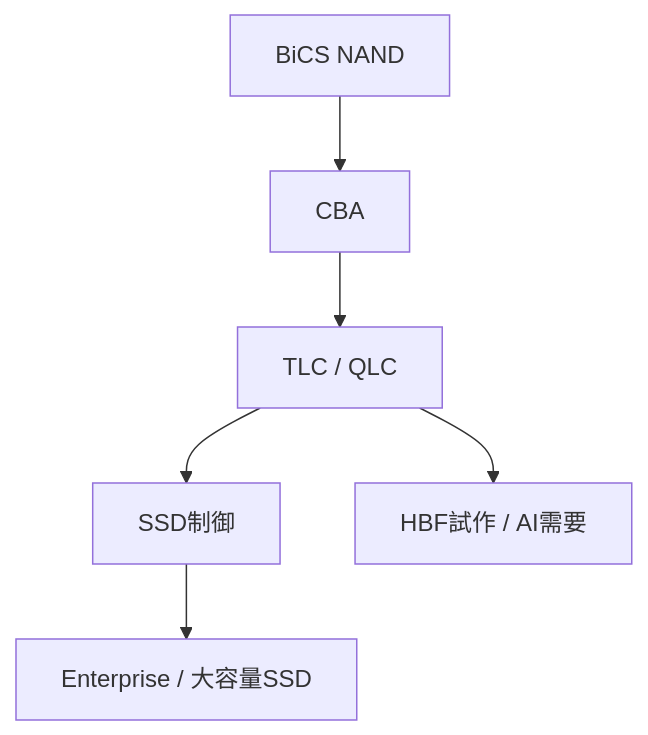
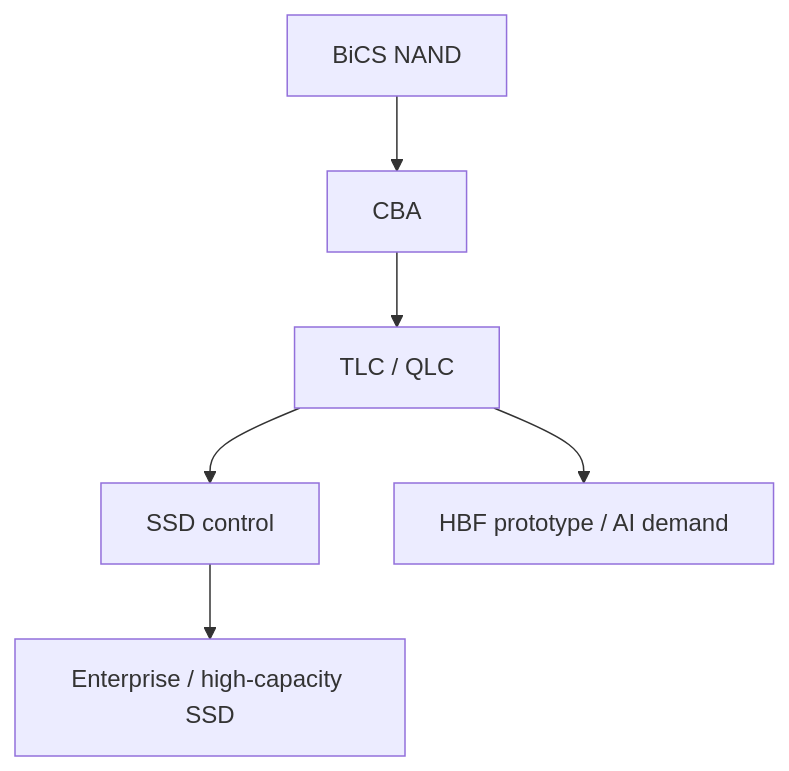
Before and after one commit to daylight55/research: the second of 2 diagrams in content/blog/en/kioxia.mdx, drawn with Mermaid. The commit also changed other lines of this file and 26 other files, not shown here.

Commit message:
Translate English Mermaid labels

````diff
--- a/content/blog/en/kioxia.mdx
+++ b/content/blog/en/kioxia.mdx
@@ -71,8 +71,8 @@
 ```mermaid
 flowchart TB
   A["BiCS NAND"] --> B["CBA"]
   B --> C["TLC / QLC"]
-  C --> D["SSD制御"]
-  D --> E["Enterprise / 大容量SSD"]
-  C --> F["HBF試作 / AI需要"]
+  C --> D["SSD control"]
+  D --> E["Enterprise / high-capacity SSD"]
+  C --> F["HBF prototype / AI demand"]
 ```
````
